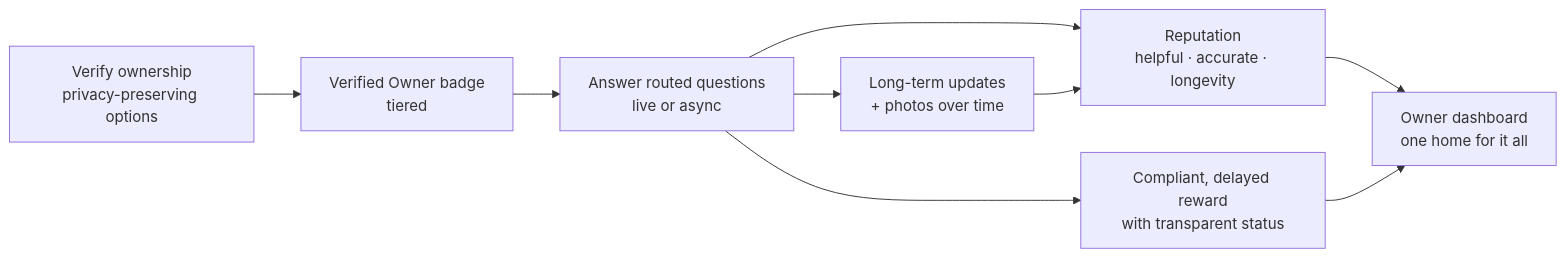
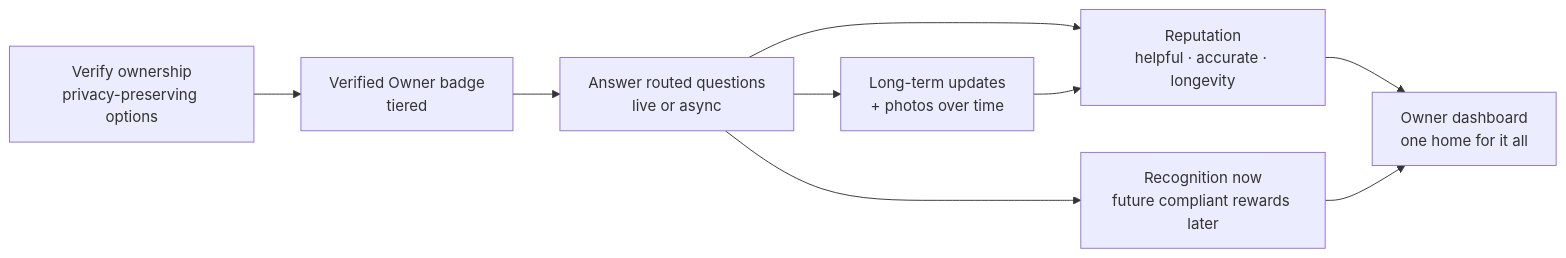
The tenth of 15 diagrams in docs/01-user-persona-flows.md (agorevski/Owners.app), drawn with Mermaid before and after one commit. The commit also changed other lines of this file and 9 other files, not shown here.

````diff
--- a/docs/01-user-persona-flows.md
+++ b/docs/01-user-persona-flows.md
@@ -544,11 +544,11 @@
 ```mermaid
 flowchart LR
     Verify[Verify ownership<br/>privacy-preserving options] --> Badge[Verified Owner badge<br/>tiered]
     Badge --> Answer[Answer routed questions<br/>live or async]
     Answer --> Longevity[Long-term updates<br/>+ photos over time]
     Answer --> Rep[Reputation<br/>helpful · accurate · longevity]
-    Answer --> Earn[Compliant, delayed reward<br/>with transparent status]
+    Answer --> Earn[Recognition now<br/>future compliant rewards later]
     Longevity --> Rep
     Rep --> Dash[Owner dashboard<br/>one home for it all]
     Earn --> Dash
 ```
````
